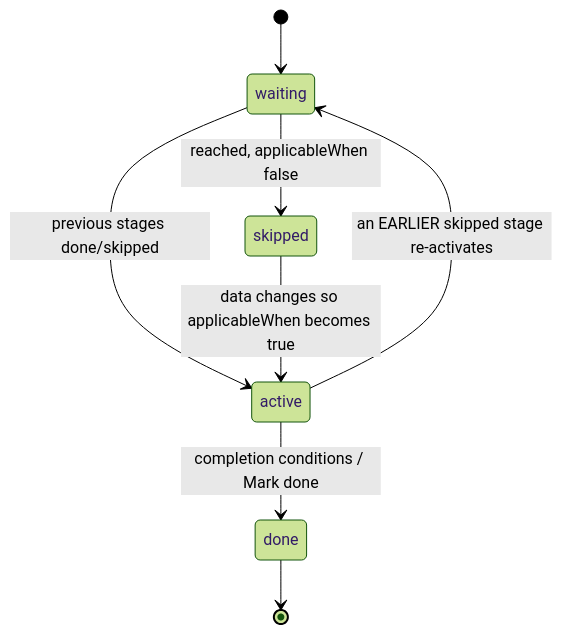
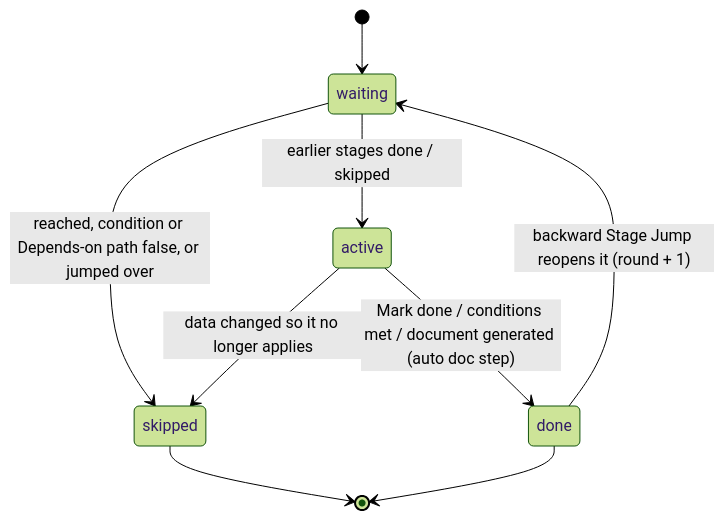
Before and after one commit to Karanstack01/Flow-Management-System: the first of 3 diagrams in docs/STATE_MACHINES.md, drawn with Mermaid (forest theme). The commit also changed other lines of this file and 93 other files, not shown here.

First line of the commit message:
feat: legacy parity - messages, records table, reports, formulas, flow editor history

````diff
--- a/docs/STATE_MACHINES.md
+++ b/docs/STATE_MACHINES.md
@@ -31,10 +38,11 @@
 ```mermaid
 stateDiagram-v2
   [*] --> waiting
-  waiting --> active: previous stages done/skipped
-  waiting --> skipped: reached, applicableWhen false
-  active --> done: completion conditions / Mark done
-  skipped --> active: data changes so applicableWhen becomes true
-  active --> waiting: an EARLIER skipped stage re-activates
+  waiting --> active: earlier stages done / skipped
+  waiting --> skipped: reached, condition or Depends-on path false, or jumped over
+  active --> done: Mark done / conditions met / document generated (auto doc step)
+  active --> skipped: data changed so it no longer applies
+  done --> waiting: backward Stage Jump reopens it (round + 1)
+  skipped --> [*]
   done --> [*]
 ```
````
